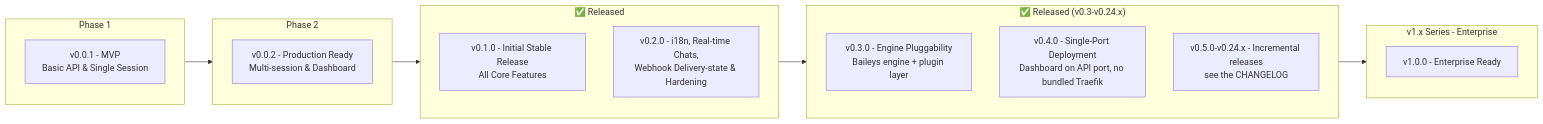
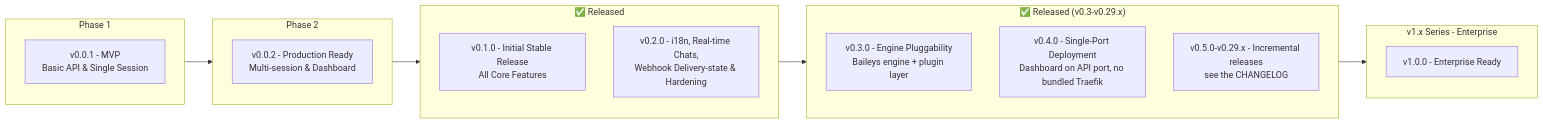
One commit to Y345ez/OpenWA-mlakot changed the sixth of 7 diagrams in docs/15-project-roadmap.md. Above: the diagram before and after it, drawn with Mermaid. The commit also changed other lines of this file and 1478 other files, not shown here.

````diff
--- a/docs/15-project-roadmap.md
+++ b/docs/15-project-roadmap.md
@@ -517,27 +517,27 @@
 ```mermaid
 flowchart LR
     subgraph Phase1["Phase 1"]
         V001[v0.0.1 - MVP<br/>Basic API & Single Session]
     end
 
     subgraph Phase2["Phase 2"]
         V002[v0.0.2 - Production Ready<br/>Multi-session & Dashboard]
     end
 
     subgraph Stable["✅ Released"]
         V010[v0.1.0 - Initial Stable Release<br/>All Core Features]
         V020[v0.2.0 - i18n, Real-time Chats,<br/>Webhook Delivery-state & Hardening]
     end
 
-    subgraph v0.x["✅ Released (v0.3-v0.24.x)"]
+    subgraph v0.x["✅ Released (v0.3-v0.29.x)"]
         V030[v0.3.0 - Engine Pluggability<br/>Baileys engine + plugin layer]
         V040[v0.4.0 - Single-Port Deployment<br/>Dashboard on API port, no bundled Traefik]
-        V011[v0.5.0-v0.24.x - Incremental releases<br/>see the CHANGELOG]
+        V011[v0.5.0-v0.29.x - Incremental releases<br/>see the CHANGELOG]
     end
 
     subgraph v1.x["v1.x Series - Enterprise"]
         V10[v1.0.0 - Enterprise Ready]
     end
 
     Phase1 --> Phase2 --> Stable --> v0.x --> v1.x
 ```
````
